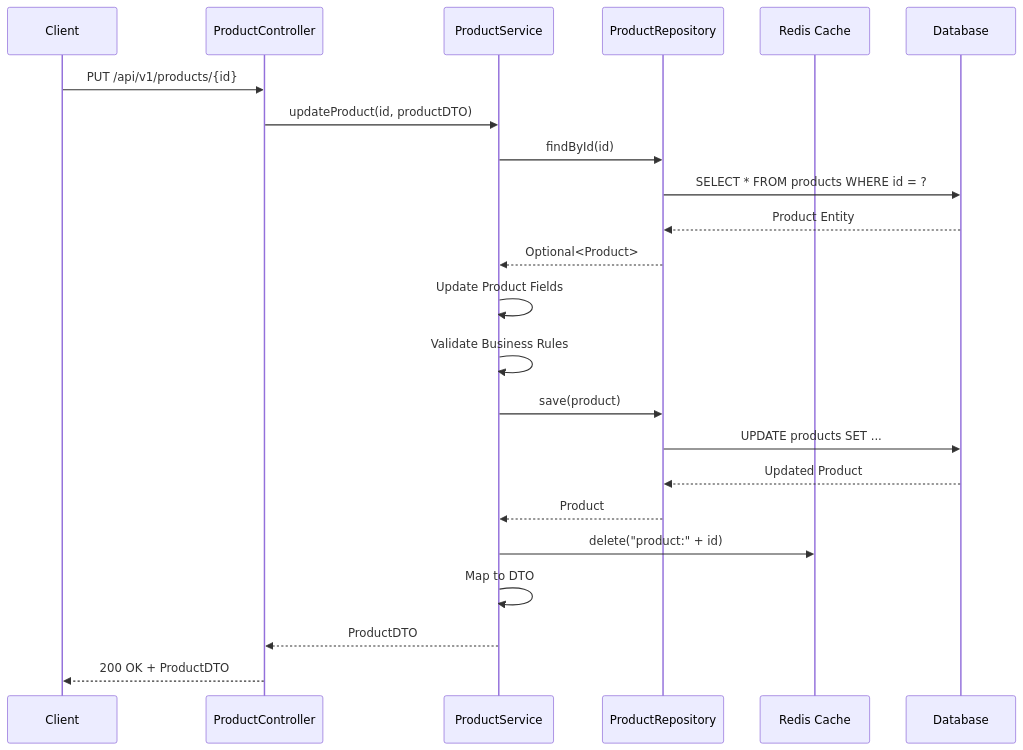
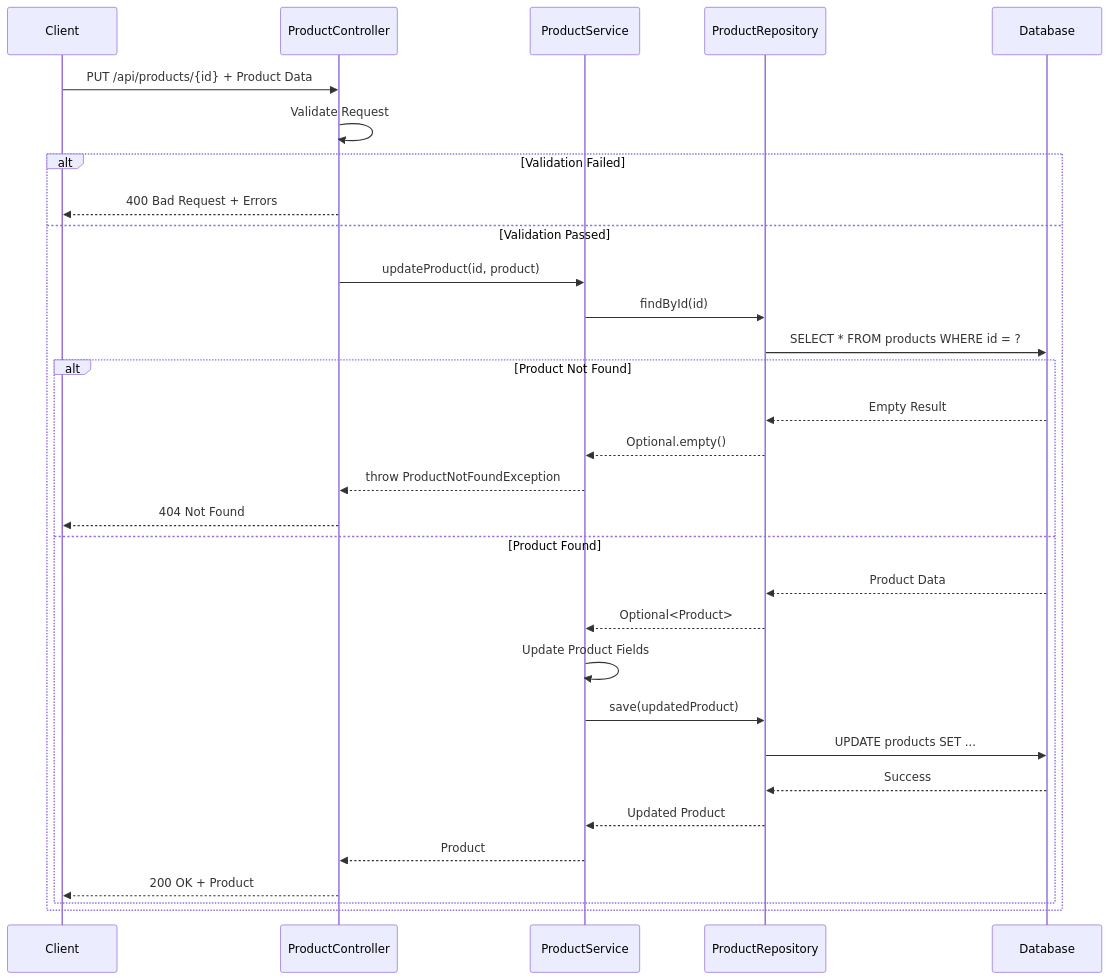
Diagram 12 of 26 in docs/LLD/modified_lld.md (NavneetBN47/aava-ecom-demo), drawn with Mermaid before and after one commit. The commit also changed other lines of this file, not shown here.

````diff
--- a/docs/LLD/modified_lld.md
+++ b/docs/LLD/modified_lld.md
@@ -958,26 +1417,36 @@
 ```mermaid
 sequenceDiagram
     participant Client
-    participant Controller as ProductController
-    participant Service as ProductService
-    participant Repository as ProductRepository
-    participant Cache as Redis Cache
-    participant DB as Database
+    participant ProductController
+    participant ProductService
+    participant ProductRepository
+    participant Database
     
-    Client->>Controller: PUT /api/v1/products/{id}
-    Controller->>Service: updateProduct(id, productDTO)
-    Service->>Repository: findById(id)
-    Repository->>DB: SELECT * FROM products WHERE id = ?
-    DB-->>Repository: Product Entity
-    Repository-->>Service: Optional<Product>
-    Service->>Service: Update Product Fields
-    Service->>Service: Validate Business Rules
-    Service->>Repository: save(product)
-    Repository->>DB: UPDATE products SET ...
-    DB-->>Repository: Updated Product
-    Repository-->>Service: Product
-    Service->>Cache: delete("product:" + id)
-    Service->>Service: Map to DTO
-    Service-->>Controller: ProductDTO
-    Controller-->>Client: 200 OK + ProductDTO
+    Client->>ProductController: PUT /api/products/{id} + Product Data
+    ProductController->>ProductController: Validate Request
+    
+    alt Validation Failed
+        ProductController-->>Client: 400 Bad Request + Errors
+    else Validation Passed
+        ProductController->>ProductService: updateProduct(id, product)
+        ProductService->>ProductRepository: findById(id)
+        ProductRepository->>Database: SELECT * FROM products WHERE id = ?
+        
+        alt Product Not Found
+            Database-->>ProductRepository: Empty Result
+            ProductRepository-->>ProductService: Optional.empty()
+            ProductService-->>ProductController: throw ProductNotFoundException
+            ProductController-->>Client: 404 Not Found
+        else Product Found
+            Database-->>ProductRepository: Product Data
+            ProductRepository-->>ProductService: Optional<Product>
+            ProductService->>ProductService: Update Product Fields
+            ProductService->>ProductRepository: save(updatedProduct)
+            ProductRepository->>Database: UPDATE products SET ...
+            Database-->>ProductRepository: Success
+            ProductRepository-->>ProductService: Updated Product
+            ProductService-->>ProductController: Product
+            ProductController-->>Client: 200 OK + Product
+        end
+    end
 ```
````
